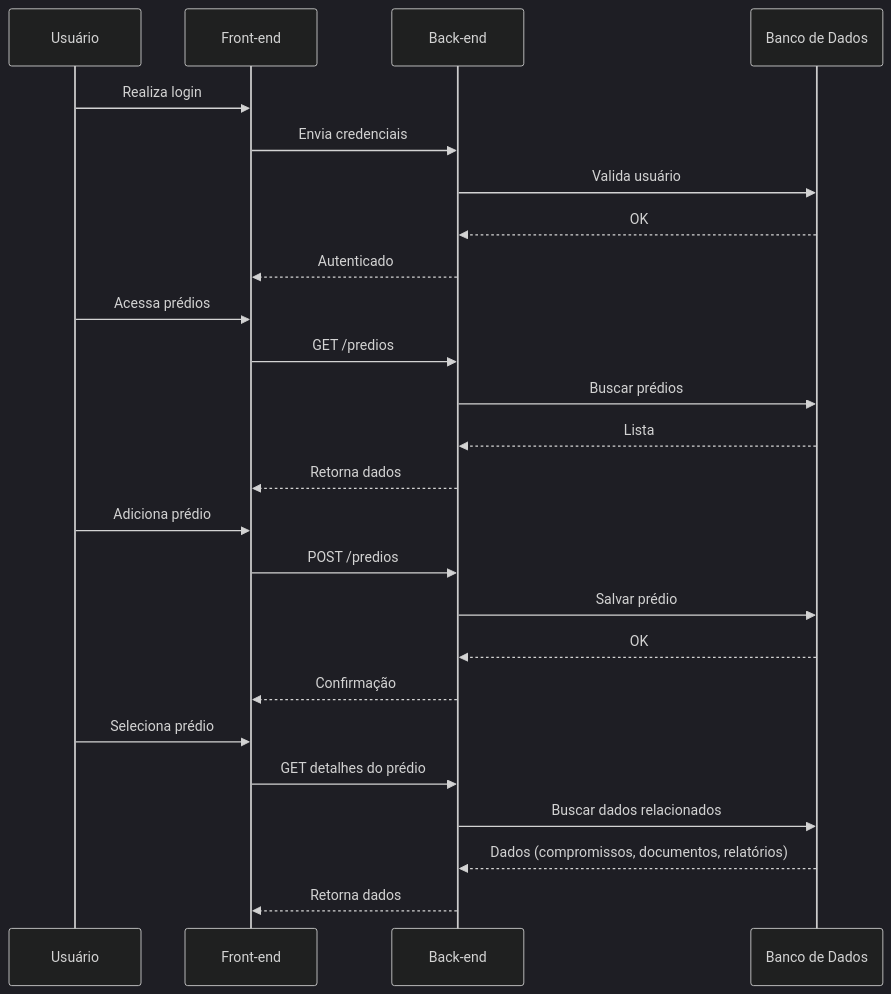
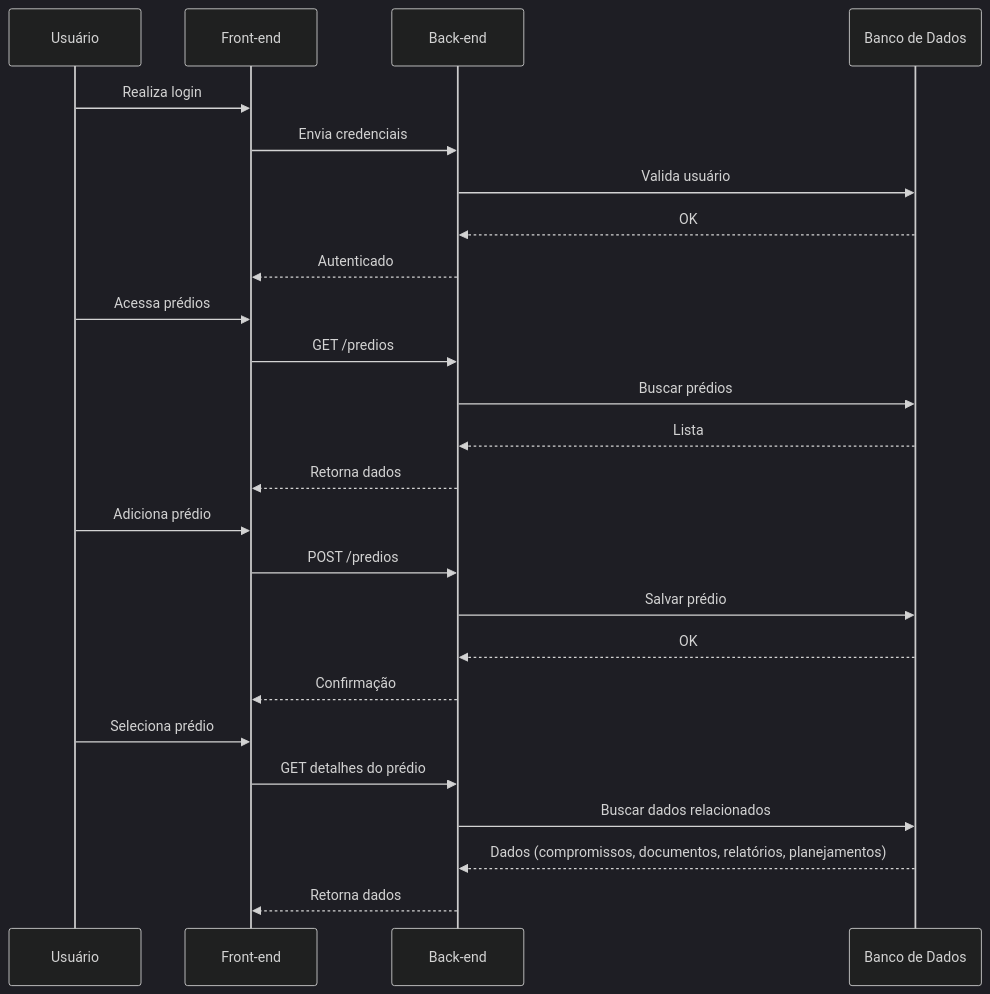
One commit to pdrollucas/euSindico changed the fifth of 7 diagrams in documentation/RFC/RFC.md. Above: the diagram before and after it, drawn with Mermaid (dark theme). The commit also changed other lines of this file, not shown here.

````diff
--- a/documentation/RFC/RFC.md
+++ b/documentation/RFC/RFC.md
@@ -365,32 +375,32 @@
 ```mermaid
 sequenceDiagram
 
 participant U as Usuário
 participant FE as Front-end
 participant API as Back-end
 participant DB as Banco de Dados
 
 U->>FE: Realiza login
 FE->>API: Envia credenciais
 API->>DB: Valida usuário
 DB-->>API: OK
 API-->>FE: Autenticado
 
 U->>FE: Acessa prédios
 FE->>API: GET /predios
 API->>DB: Buscar prédios
 DB-->>API: Lista
 API-->>FE: Retorna dados
 
 U->>FE: Adiciona prédio
 FE->>API: POST /predios
 API->>DB: Salvar prédio
 DB-->>API: OK
 API-->>FE: Confirmação
 
 U->>FE: Seleciona prédio
 FE->>API: GET detalhes do prédio
 API->>DB: Buscar dados relacionados
-DB-->>API: Dados (compromissos, documentos, relatórios)
+DB-->>API: Dados (compromissos, documentos, relatórios, planejamentos)
 API-->>FE: Retorna dados
 ```
````
